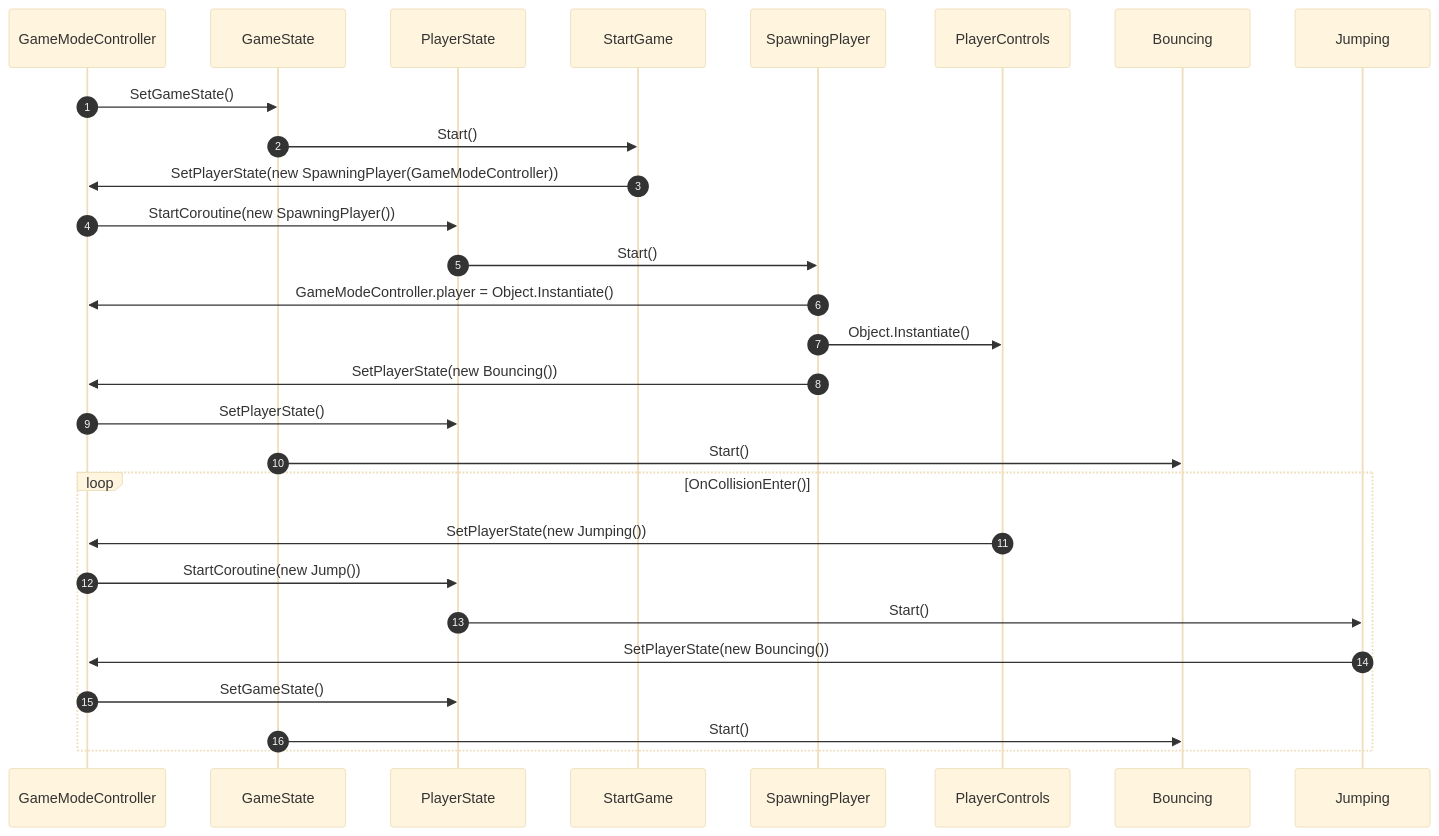
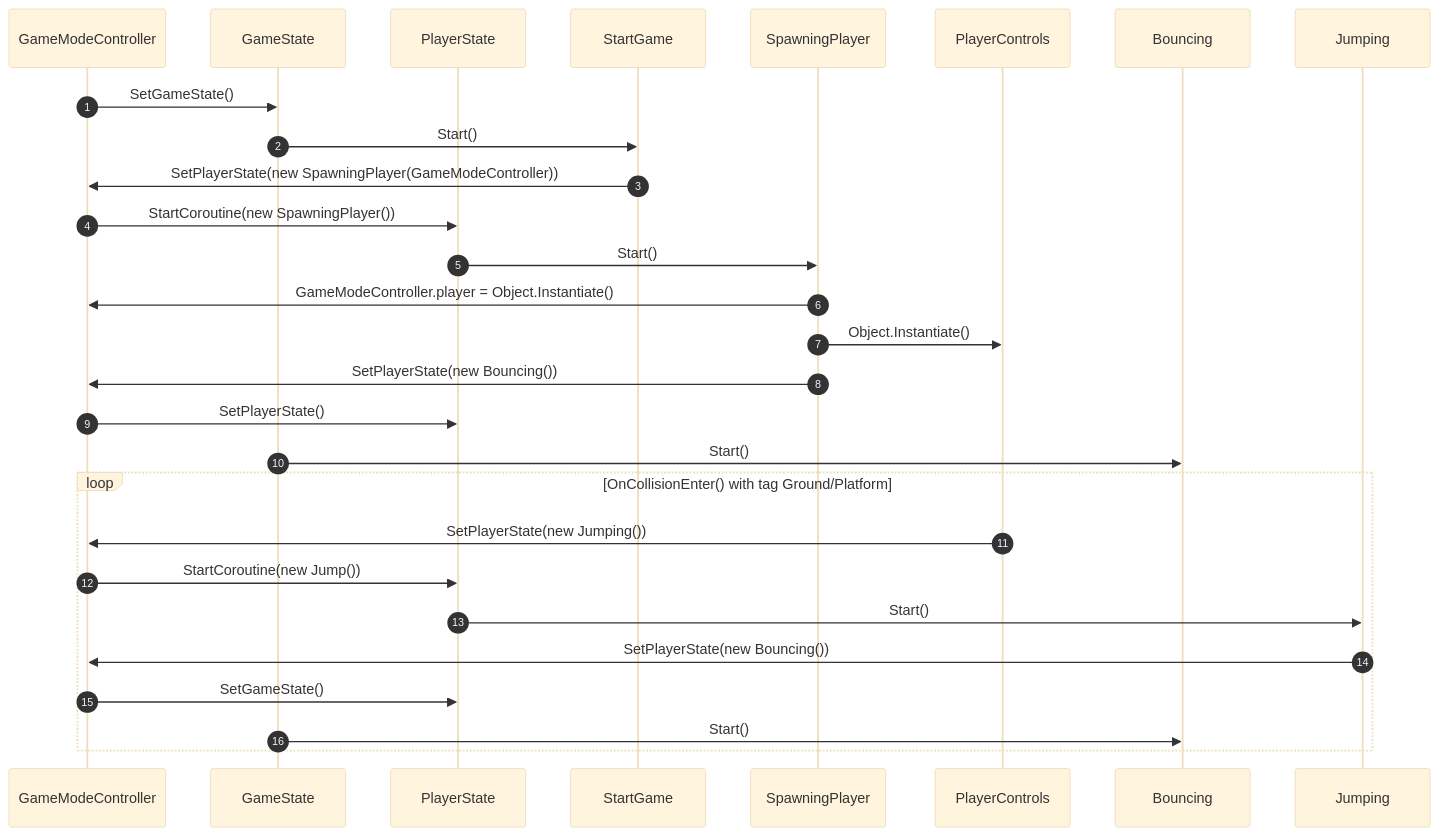
The second of 2 diagrams in PROJECTPLANS.md (NicknameAlwaystaken/Bounce-Climber), drawn with Mermaid (base theme) before and after one commit.

Commit message:
small specification

````diff
--- a/PROJECTPLANS.md
+++ b/PROJECTPLANS.md
@@ -60,26 +60,26 @@
 ```mermaid
 sequenceDiagram
     autonumber
     participant GameModeController
     participant GameState
     participant PlayerState
     GameModeController->>GameState: SetGameState();
     GameState->>StartGame: Start()
     StartGame->>GameModeController: SetPlayerState(new SpawningPlayer(GameModeController))
     GameModeController->>PlayerState: StartCoroutine(new SpawningPlayer())
     PlayerState->>SpawningPlayer: Start()
     SpawningPlayer->>GameModeController: GameModeController.player = Object.Instantiate()
     SpawningPlayer->>PlayerControls: Object.Instantiate()
     SpawningPlayer->>GameModeController: SetPlayerState(new Bouncing())
     GameModeController->>PlayerState: SetPlayerState();
     GameState->>Bouncing: Start()
     %% Aim to end autonumber here
-    loop OnCollisionEnter()
+    loop OnCollisionEnter() with tag Ground/Platform
         PlayerControls->>GameModeController: SetPlayerState(new Jumping())
         GameModeController->>PlayerState: StartCoroutine(new Jump())
         PlayerState->>Jumping: Start()
         Jumping->>GameModeController: SetPlayerState(new Bouncing())
         GameModeController->>PlayerState: SetGameState();
         GameState->>Bouncing: Start()
     end
 ```
````
